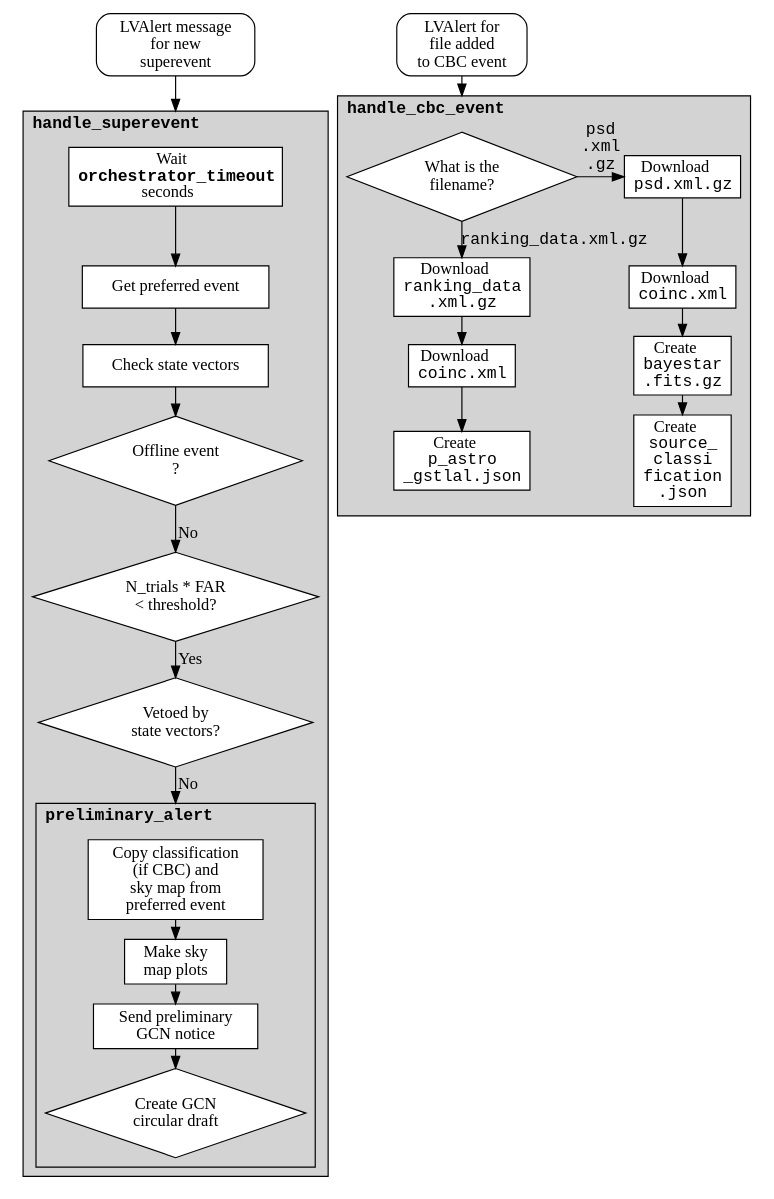
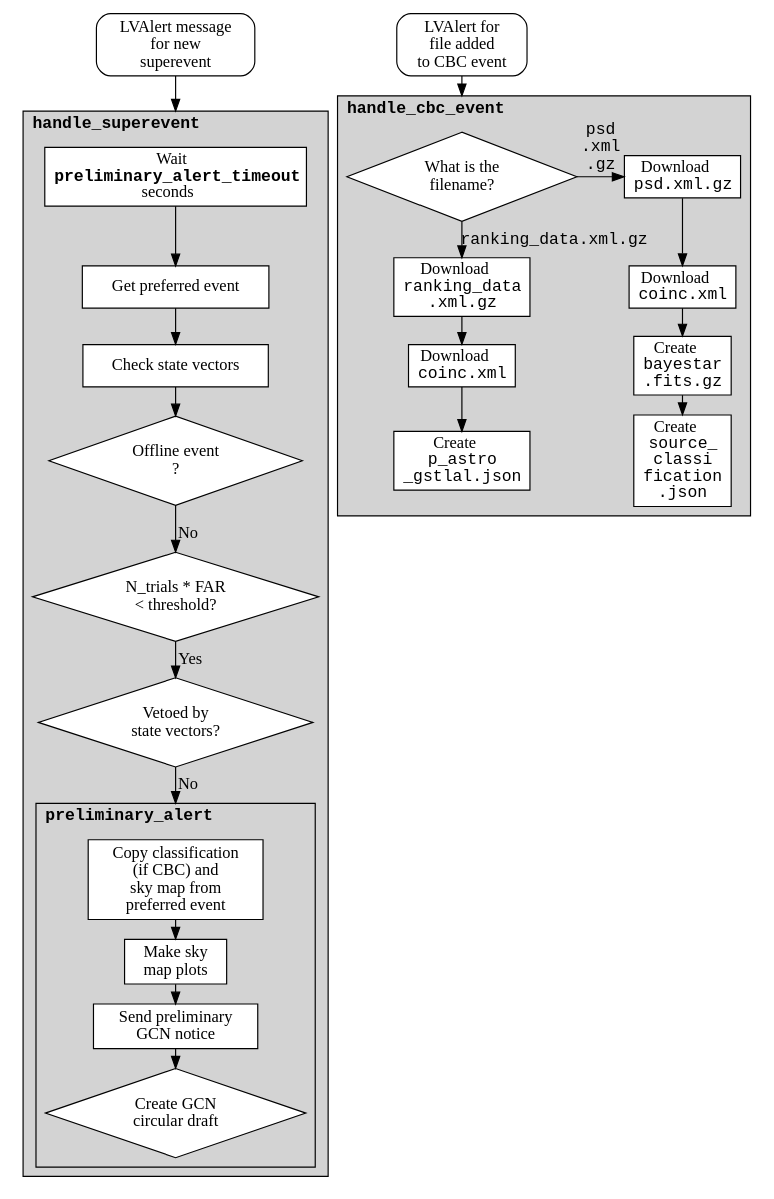
Before and after one commit to deepchatterjeeligo/gwcelery: the first of 3 diagrams in doc/gwcelery.tasks.orchestrator.rst, drawn with Graphviz. The commit also changed other lines of this file and 4 other files, not shown here.

First line of the commit message:
Rename orchestrator_timeout to preliminary_alert_timeout

```diff
--- a/doc/gwcelery.tasks.orchestrator.rst
+++ b/doc/gwcelery.tasks.orchestrator.rst
@@ -59,9 +59,9 @@
         href = "../gwcelery.tasks.orchestrator.html#gwcelery.tasks.orchestrator.handle_superevent"
         label = <<B><FONT face="monospace">handle_superevent</FONT></B>>
 
-        orchestrator_timeout [
-            href = "../gwcelery.conf.html#gwcelery.conf.orchestrator_timeout"
-            label = <Wait<BR/><B><FONT face="monospace">orchestrator_timeout</FONT></B><BR/>seconds>
+        preliminary_alert_timeout [
+            href = "../gwcelery.conf.html#gwcelery.conf.preliminary_alert_timeout"
+            label = <Wait<BR/><B><FONT face="monospace">preliminary_alert_timeout</FONT></B><BR/>seconds>
         ]
 
         get_preferred_event [
@@ -111,9 +111,9 @@
         }
     }
 
-    superevent -> orchestrator_timeout [lhead = cluster_handle_superevent]
+    superevent -> preliminary_alert_timeout [lhead = cluster_handle_superevent]
 
-    orchestrator_timeout
+    preliminary_alert_timeout
     -> get_preferred_event
     -> check_vectors
     -> offline_event
```
